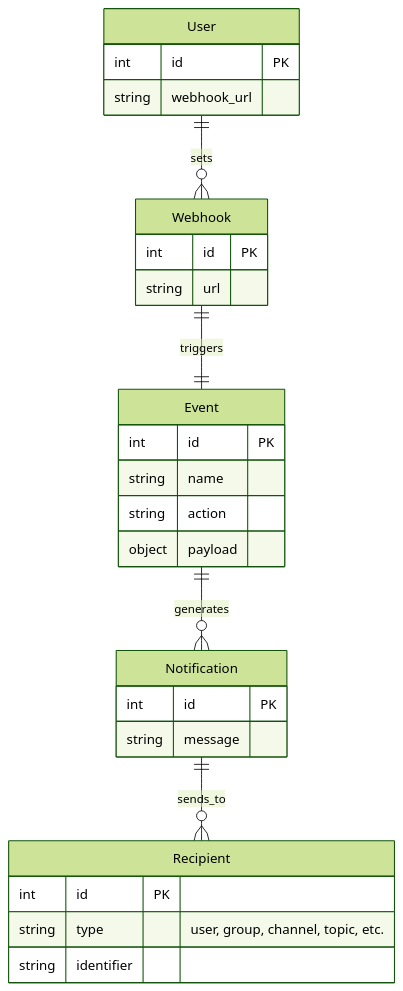
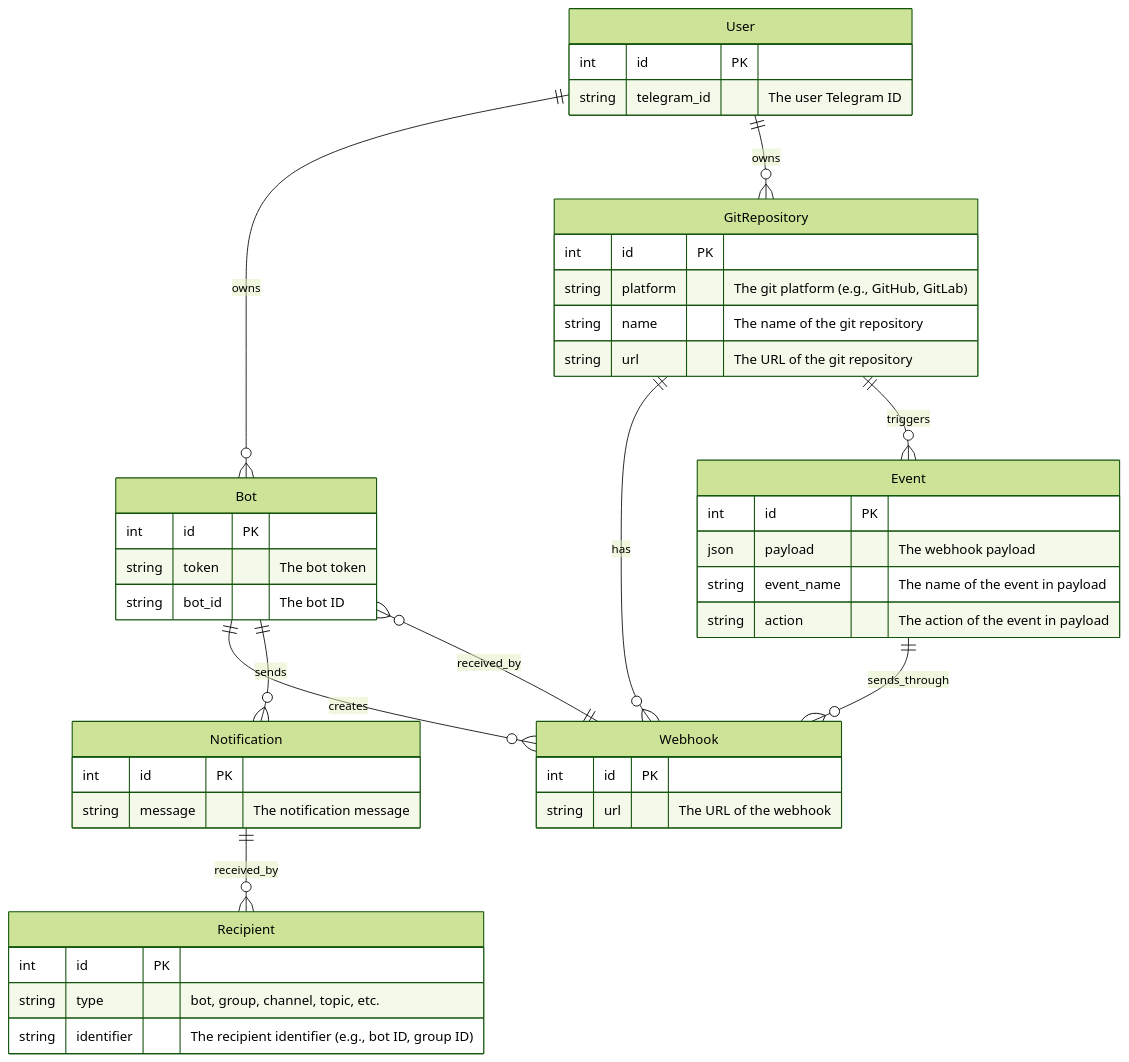
One commit to cslant/laravel-telegram-git-notifier changed the diagram in docs/single-flow.md. Above: the diagram before and after it, drawn with Mermaid (forest theme).

Commit message:
docs: update erDiagram for the send notification flow

````diff
--- a/docs/single-flow.md
+++ b/docs/single-flow.md
@@ -47,35 +47,53 @@
 ```mermaid
 erDiagram
-    User ||--o{ Webhook: sets
-    Webhook ||--|| Event: triggers
-    Event ||--o{ Notification: generates
-    Notification ||--o{ Recipient: sends_to
+    User ||--o{ Bot: owns
+    User ||--o{ GitRepository: owns
+    Bot ||--o{ Webhook: creates
+    GitRepository ||--o{ Webhook: has
+    GitRepository ||--o{ Event: triggers
+    Event ||--o{ Webhook: sends_through
+    Webhook ||--o{ Bot: received_by
+    Bot ||--o{ Notification: sends
+    Notification ||--o{ Recipient: received_by
+
+    Bot {
+        int id PK
+        string token "The bot token" 
+        string bot_id "The bot ID"
+    }
 
     User {
         int id PK
-        string webhook_url
+        string telegram_id "The user Telegram ID"
     }
 
     Webhook {
         int id PK
-        string url
+        string url "The URL of the webhook"
     }
 
     Event {
         int id PK
-        string name
-        string action
-        object payload
+        json payload "The webhook payload"
+        string event_name "The name of the event in payload"
+        string action "The action of the event in payload"
     }
 
     Notification {
         int id PK
-        string message
+        string message "The notification message"
     }
 
     Recipient {
         int id PK
-        string type "user, group, channel, topic, etc."
-        string identifier
+        string type "bot, group, channel, topic, etc."
+        string identifier "The recipient identifier (e.g., bot ID, group ID)"
+    }
+
+    GitRepository {
+        int id PK
+        string platform "The git platform (e.g., GitHub, GitLab)"
+        string name "The name of the git repository"
+        string url "The URL of the git repository"
     }
 ```
````
